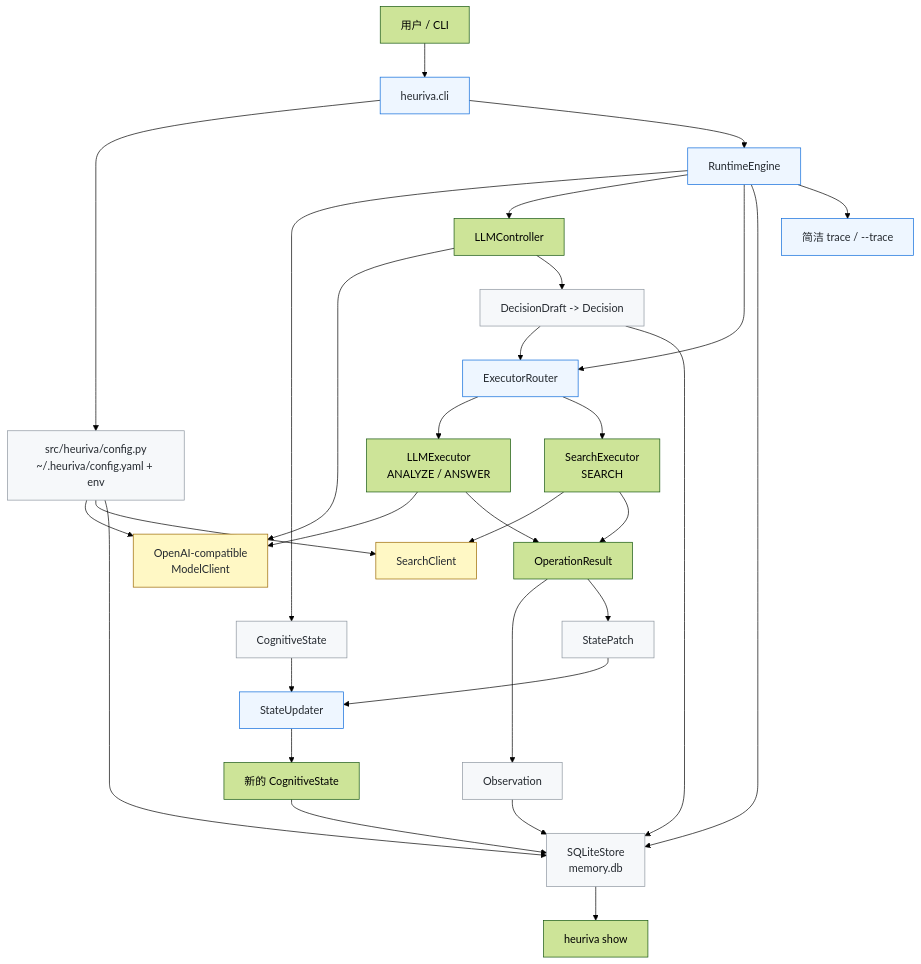
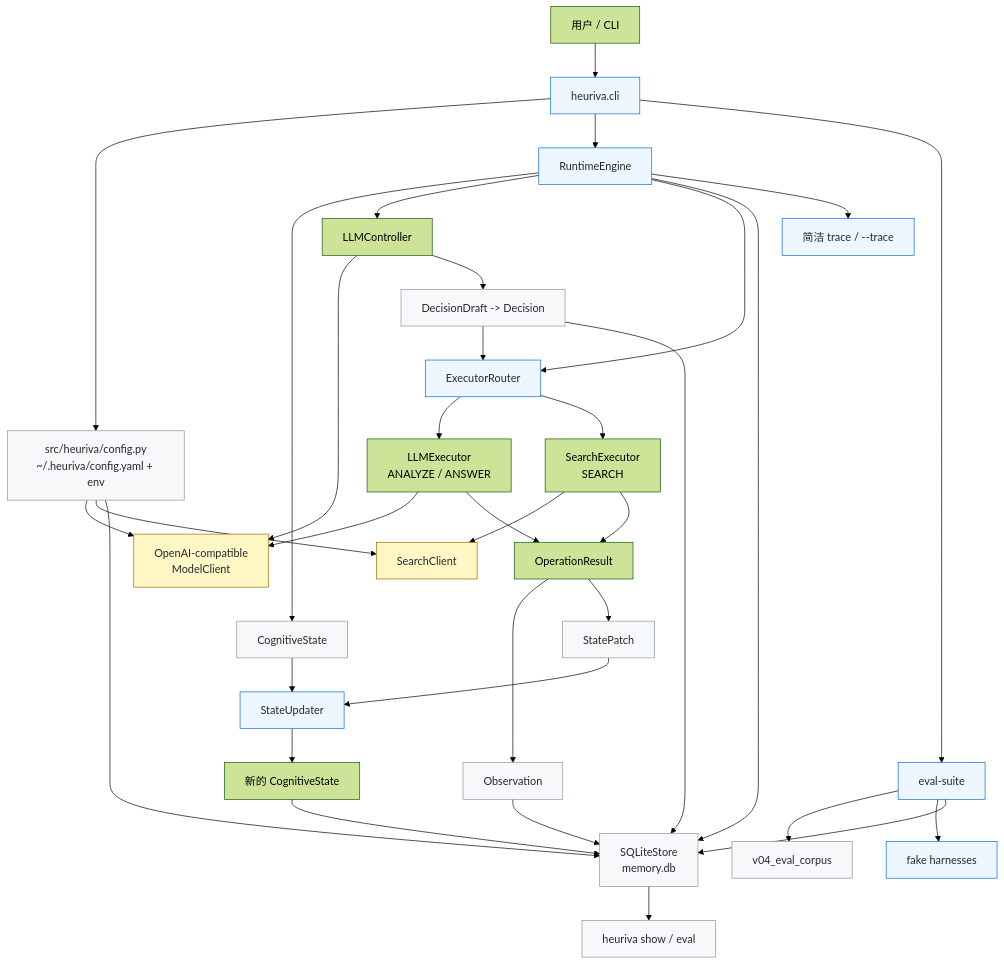
The diagram in README-CN.md (ingeniousfrog/Heuriva), drawn with Mermaid (forest theme) before and after one commit. The commit also changed other lines of this file and 13 other files, not shown here.

First line of the commit message:
Ship Heuriva v0.4 eval corpus and offline eval-suite.

````diff
--- a/README-CN.md
+++ b/README-CN.md
@@ -67,45 +67,49 @@
 ```mermaid
 flowchart TD
     User["用户 / CLI"] --> CLI["heuriva.cli"]
     CLI --> Config["src/heuriva/config.py<br/>~/.heuriva/config.yaml + env"]
     CLI --> Engine["RuntimeEngine"]
+    CLI --> EvalSuite["eval-suite"]
 
     Config --> ModelClient["OpenAI-compatible<br/>ModelClient"]
     Config --> SearchClient["SearchClient"]
     Config --> Store["SQLiteStore<br/>memory.db"]
 
     Engine --> State["CognitiveState"]
     Engine --> Controller["LLMController"]
     Controller --> ModelClient
     Controller --> Decision["DecisionDraft -> Decision"]
 
     Engine --> Router["ExecutorRouter"]
     Decision --> Router
     Router --> LLMExecutor["LLMExecutor<br/>ANALYZE / ANSWER"]
     Router --> SearchExecutor["SearchExecutor<br/>SEARCH"]
 
     LLMExecutor --> ModelClient
     SearchExecutor --> SearchClient
 
     LLMExecutor --> Result["OperationResult"]
     SearchExecutor --> Result
     Result --> Observation["Observation"]
     Result --> Patch["StatePatch"]
     Patch --> Updater["StateUpdater"]
     State --> Updater
     Updater --> NextState["新的 CognitiveState"]
 
     Engine --> Store
     Decision --> Store
     Observation --> Store
     NextState --> Store
-    Store --> Show["heuriva show"]
+    Store --> Show["heuriva show / eval"]
+    EvalSuite --> Corpus["v04_eval_corpus"]
+    EvalSuite --> Harness["fake harnesses"]
+    EvalSuite --> Store
     Engine --> Trace["简洁 trace / --trace"]
 
     classDef boundary fill:#f6f8fa,stroke:#8c959f,color:#24292f;
     classDef runtime fill:#eef6ff,stroke:#0969da,color:#24292f;
     classDef external fill:#fff8c5,stroke:#9a6700,color:#24292f;
-    class CLI,Engine,Router,Updater,Trace runtime;
+    class CLI,Engine,Router,Updater,Trace,EvalSuite,Harness runtime;
     class ModelClient,SearchClient external;
-    class Store,Config,State,Decision,Observation,Patch boundary;
+    class Store,Config,State,Decision,Observation,Patch,Corpus,Show boundary;
 ```
````
